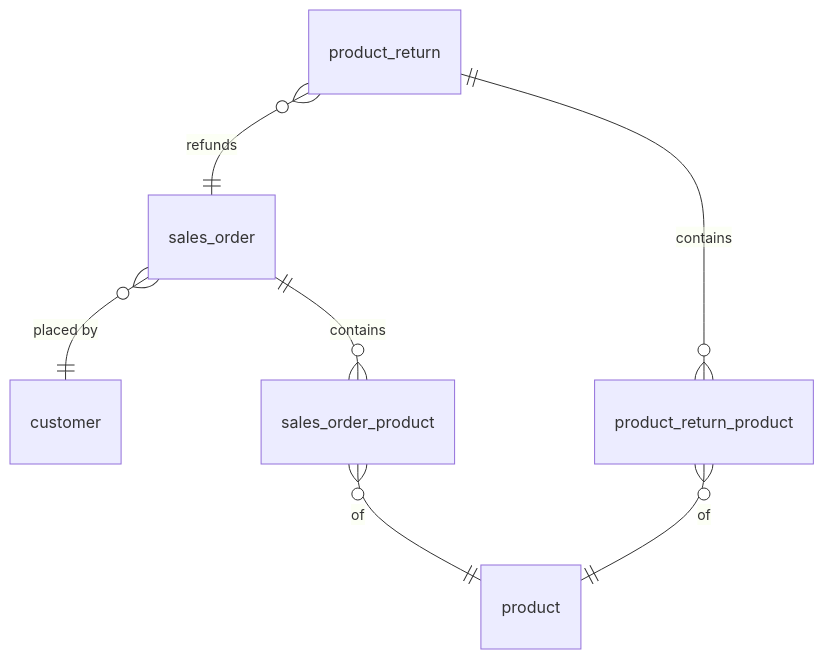
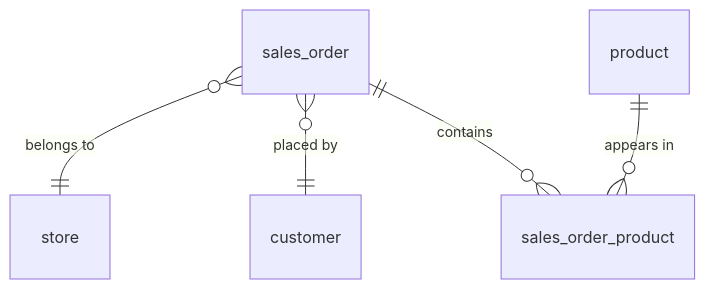
The sixth of 7 diagrams in docs/database.md (Shahrukh489/gekkosuite-api), drawn with Mermaid before and after one commit. The commit also changed other lines of this file, not shown here.

Commit message:
working on db er diagram

````diff
--- a/docs/database.md
+++ b/docs/database.md
@@ -202,9 +187,7 @@
 ```mermaid
 erDiagram
-    sales_order    }o--|| customer : "placed by"
-    sales_order    ||--o{ sales_order_product : "contains"
-    sales_order_product }o--|| product : "of"
-    product_return }o--|| sales_order : "refunds"
-    product_return ||--o{ product_return_product : "contains"
-    product_return_product }o--|| product : "of"
+    sales_order }o--|| store : "belongs to"
+    sales_order }o--|| customer : "placed by"
+    sales_order ||--o{ sales_order_product : "contains"
+    product     ||--o{ sales_order_product : "appears in"
 ```
````
